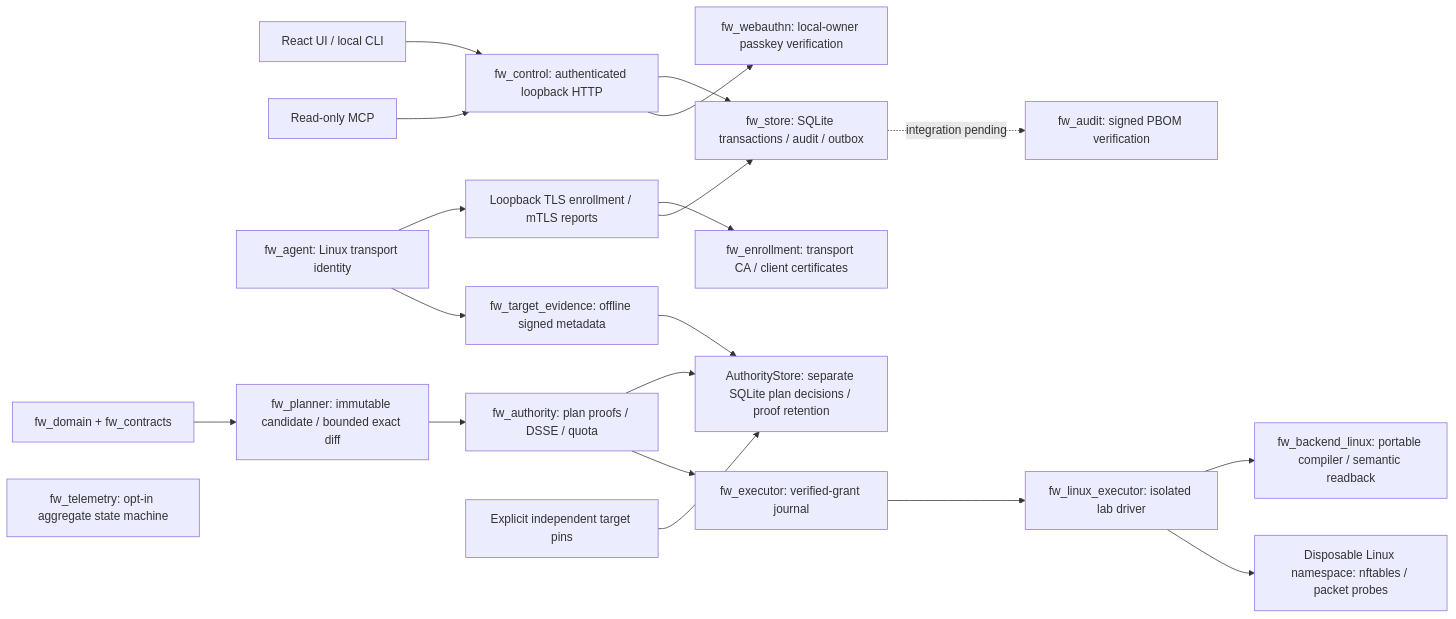
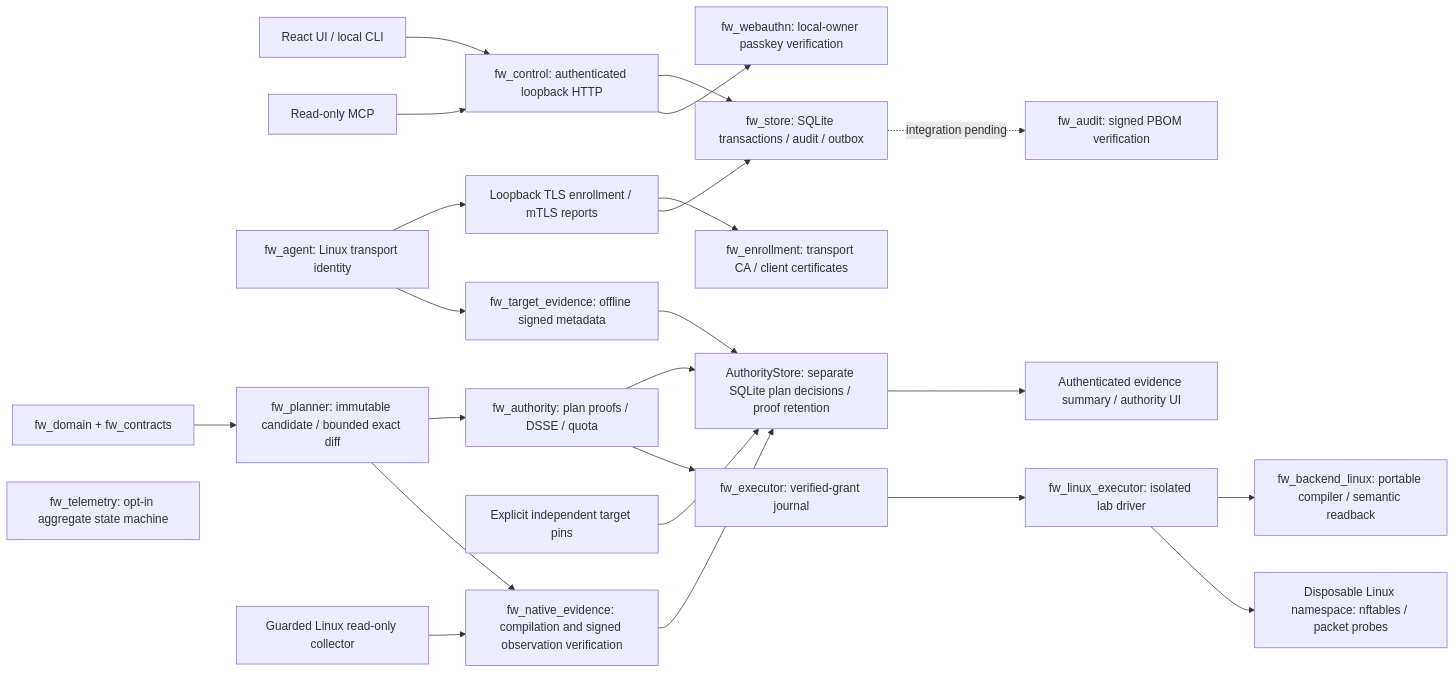
Before and after one commit to simhanson123/Nox_Warden: the diagram in docs/implementation.md, drawn with Mermaid. The commit also changed other lines of this file and 56 other files, not shown here.

Commit message:
Retain compiled plans and signed native observations

````diff
--- a/docs/implementation.md
+++ b/docs/implementation.md
@@ -7,22 +7,26 @@
 ```mermaid
 flowchart LR
   UI[React UI / local CLI] --> API[fw_control: authenticated loopback HTTP]
   MCP[Read-only MCP] --> API
   API --> DB[fw_store: SQLite transactions / audit / outbox]
   API --> WA[fw_webauthn: local-owner passkey verification]
   AG[fw_agent: Linux transport identity] --> TLS[Loopback TLS enrollment / mTLS reports]
   TLS --> PKI[fw_enrollment: transport CA / client certificates]
   TLS --> DB
   D[fw_domain + fw_contracts] --> P[fw_planner: immutable candidate / bounded exact diff]
   P --> A[fw_authority: plan proofs / DSSE / quota]
   A --> AS[AuthorityStore: separate SQLite plan decisions / proof retention]
   AG --> ME[fw_target_evidence: offline signed metadata]
   MP[Explicit independent target pins] --> AS
   ME --> AS
+  P --> NE[fw_native_evidence: compilation and signed observation verification]
+  NE --> AS
+  LC[Guarded Linux read-only collector] --> NE
+  AS --> ES[Authenticated evidence summary / authority UI]
   A --> E[fw_executor: verified-grant journal]
   E --> L[fw_linux_executor: isolated lab driver]
   L --> N[fw_backend_linux: portable compiler / semantic readback]
   L --> K[Disposable Linux namespace: nftables / packet probes]
   DB -. integration pending .-> AUD[fw_audit: signed PBOM verification]
   T[fw_telemetry: opt-in aggregate state machine]
 ```
````
